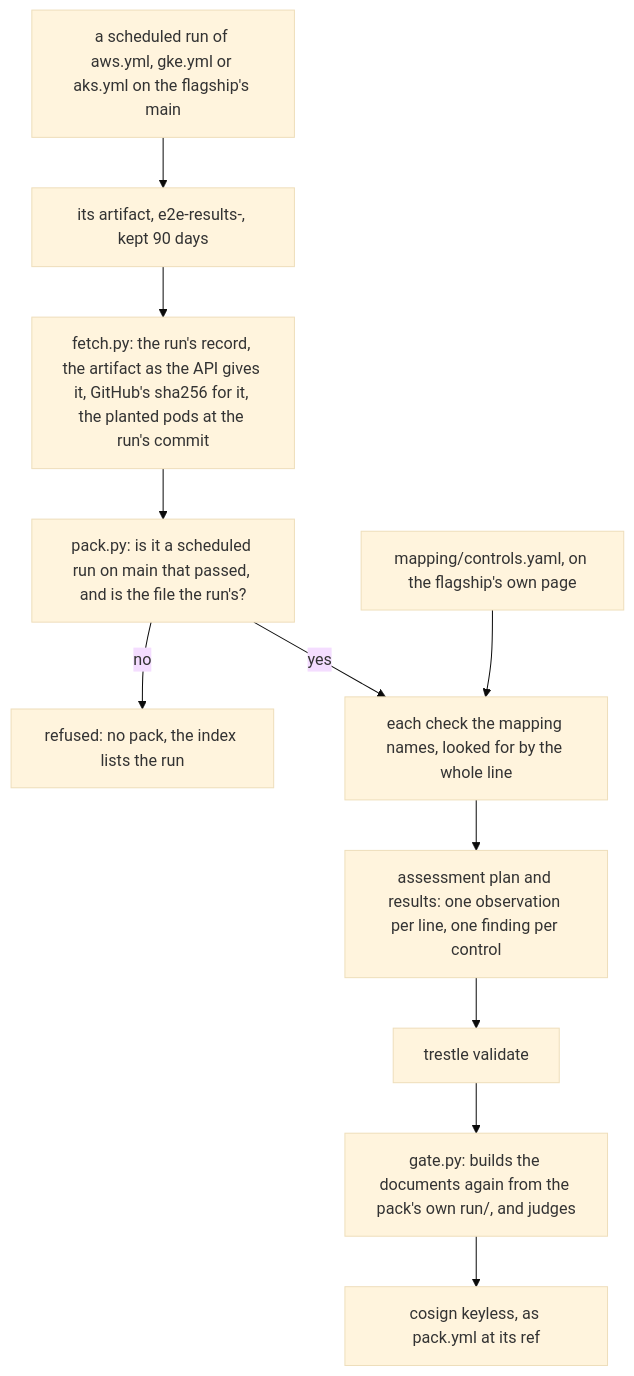
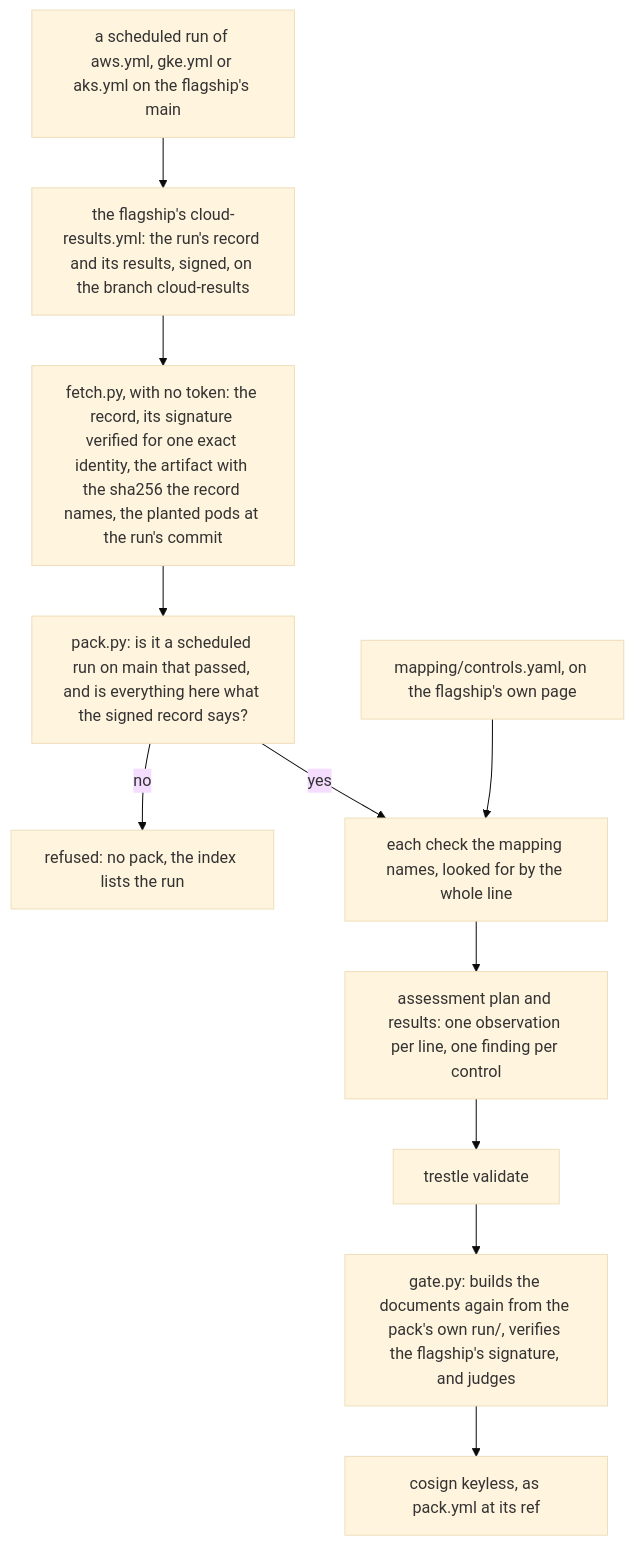
One commit to heyvaldemar/cloud-evidence-pack changed the diagram in README.md. Above: the diagram before and after it, drawn with Mermaid (base theme). The commit also changed other lines of this file and 39 other files, not shown here.

First line of the commit message:
feat: a pack is built from what the flagship signed, read with no token

````diff
--- a/README.md
+++ b/README.md
@@ -53,13 +53,13 @@
 ```mermaid
 flowchart TD
-  run["a scheduled run of aws.yml, gke.yml or aks.yml on the flagship's main"] --> artifact["its artifact, e2e-results-<cloud>, kept 90 days"]
-  artifact --> fetch["fetch.py: the run's record, the artifact as the API gives it, GitHub's sha256 for it, the planted pods at the run's commit"]
-  fetch --> whose["pack.py: is it a scheduled run on main that passed, and is the file the run's?"]
+  run["a scheduled run of aws.yml, gke.yml or aks.yml on the flagship's main"] --> kept["the flagship's cloud-results.yml: the run's record and its results, signed, on the branch cloud-results"]
+  kept --> fetch["fetch.py, with no token: the record, its signature verified for one exact identity, the artifact with the sha256 the record names, the planted pods at the run's commit"]
+  fetch --> whose["pack.py: is it a scheduled run on main that passed, and is everything here what the signed record says?"]
   whose -- no --> refused["refused: no pack, the index lists the run"]
   whose -- yes --> lines["each check the mapping names, looked for by the whole line"]
   mapping["mapping/controls.yaml, on the flagship's own page"] --> lines
   lines --> oscal["assessment plan and results: one observation per line, one finding per control"]
   oscal --> trestle["trestle validate"]
-  trestle --> gate["gate.py: builds the documents again from the pack's own run/, and judges"]
+  trestle --> gate["gate.py: builds the documents again from the pack's own run/, verifies the flagship's signature, and judges"]
   gate --> sign["cosign keyless, as pack.yml at its ref"]
 ```
````
